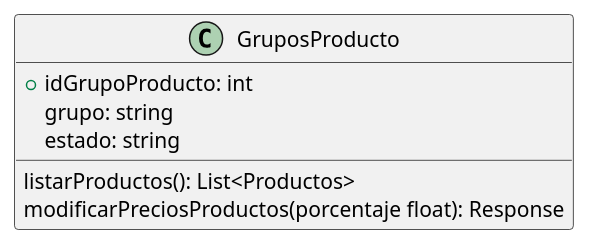
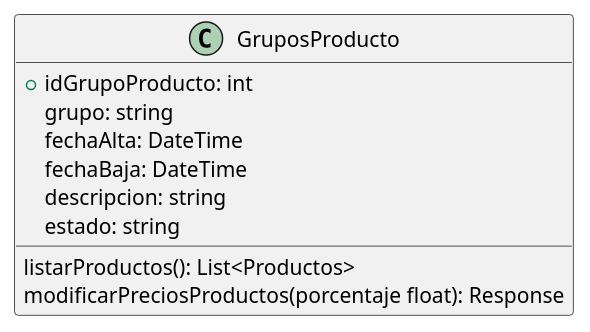
The diagram in DiagramaClases/Clases/GruposProducto.puml (ZMGestion/DocumentacionZMGestion), drawn with PlantUML before and after one commit. The commit also changed 21 other files, not shown here.

Commit message:
Cambios en atributos y metodos diagrama de clases

```diff
--- a/DiagramaClases/Clases/GruposProducto.puml
+++ b/DiagramaClases/Clases/GruposProducto.puml
@@ -1,10 +1,13 @@
 @startuml GruposProducto
 class GruposProducto{
     +idGrupoProducto: int
     grupo: string
+    fechaAlta: DateTime
+    fechaBaja: DateTime
+    descripcion: string
     estado: string
 
     listarProductos(): List<Productos>
     modificarPreciosProductos(porcentaje float): Response
 }
 @enduml
```
